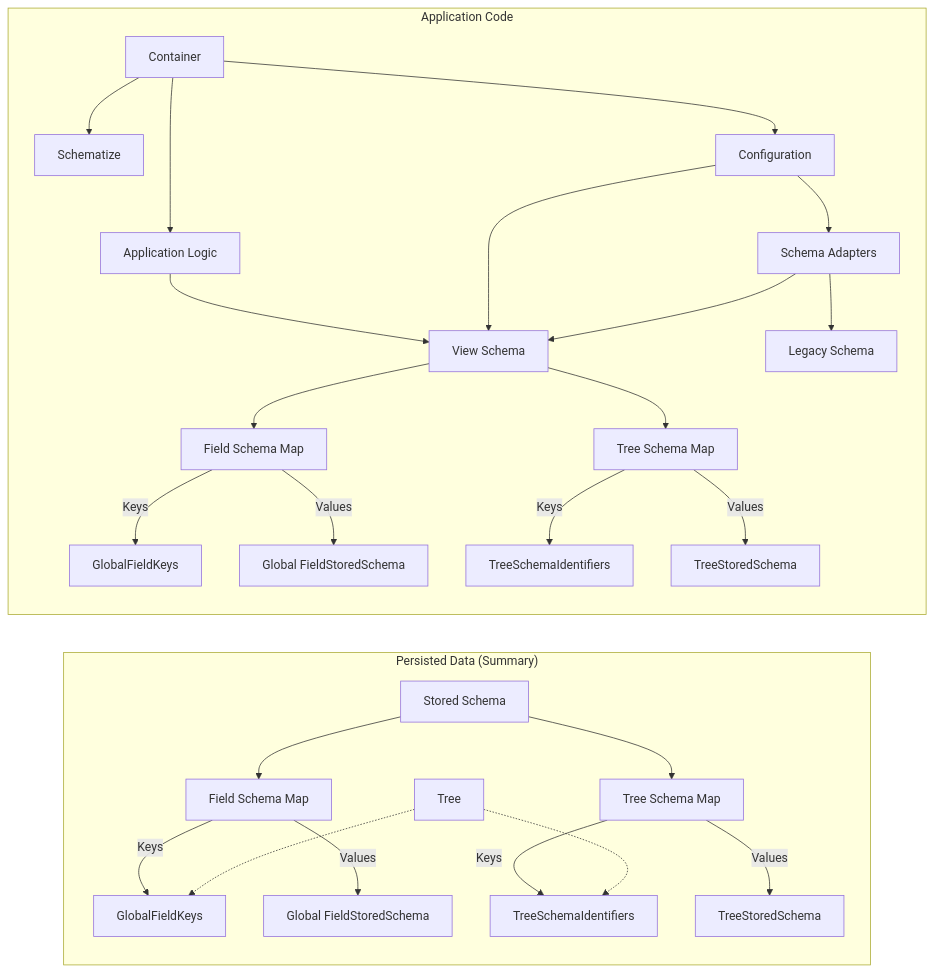
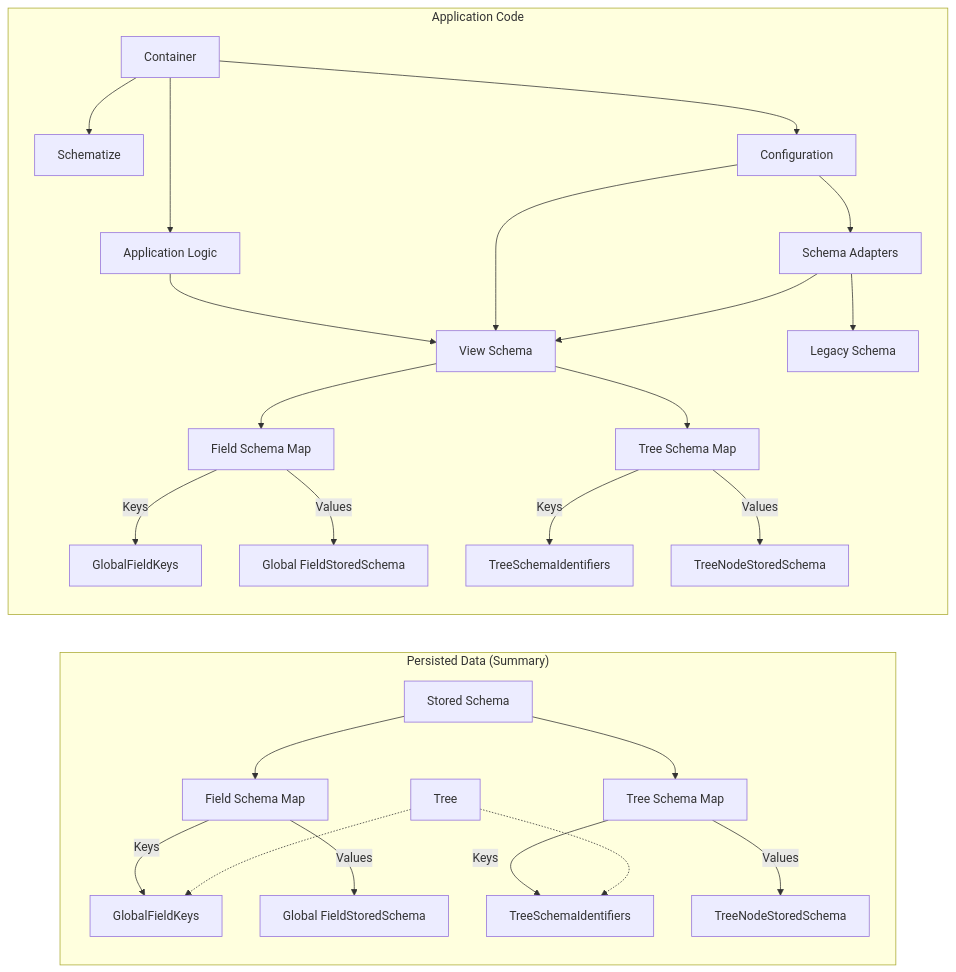
The diagram in experimental/dds/tree2/docs/main/stored-and-view-schema.md (microsoft/FluidFramework), drawn with Mermaid before and after one commit. The commit also changed 73 other files, not shown here.

Commit message:
Rename TreeSchema to TreeNodeSchema

````diff
--- a/experimental/dds/tree2/docs/main/stored-and-view-schema.md
+++ b/experimental/dds/tree2/docs/main/stored-and-view-schema.md
@@ -8,32 +8,32 @@
 ```mermaid
 graph LR;
     subgraph "Persisted Data (Summary)"
         stored[Stored Schema]
         stored-->fieldMap["Field Schema Map"]
         fieldMap--Keys-->GlobalFieldKeys
         fieldMap--Values-->FieldStoredSchema["Global FieldStoredSchema"]
         stored-->treeMap["Tree Schema Map"]
         treeMap--Keys-->TreeSchemaIdentifiers
-        treeMap--Values-->TreeStoredSchema
+        treeMap--Values-->TreeNodeStoredSchema
         tree[Tree]
         tree-.->TreeSchemaIdentifiers
         tree-.->GlobalFieldKeys
     end
     subgraph "Application Code"
         init["Container"]-->app
         init-->Schematize
         init-->Configuration
         Configuration-->Adapters["Schema Adapters"]-->view
         Adapters-->legacy["Legacy Schema"]
         Configuration-->view
         app["Application Logic"]
         app-->view
         view["View Schema"]
         view-->vfieldMap["Field Schema Map"]
         vfieldMap--Keys-->vGlobalFieldKeys["GlobalFieldKeys"]
         vfieldMap--Values-->vFieldSchema["Global FieldStoredSchema"]
         view-->vtreeMap["Tree Schema Map"]
         vtreeMap--Keys-->vTreeSchemaIdentifiers["TreeSchemaIdentifiers"]
-        vtreeMap--Values-->vTreeSchema["TreeStoredSchema"]
+        vtreeMap--Values-->vTreeSchema["TreeNodeStoredSchema"]
     end
 ```
````
